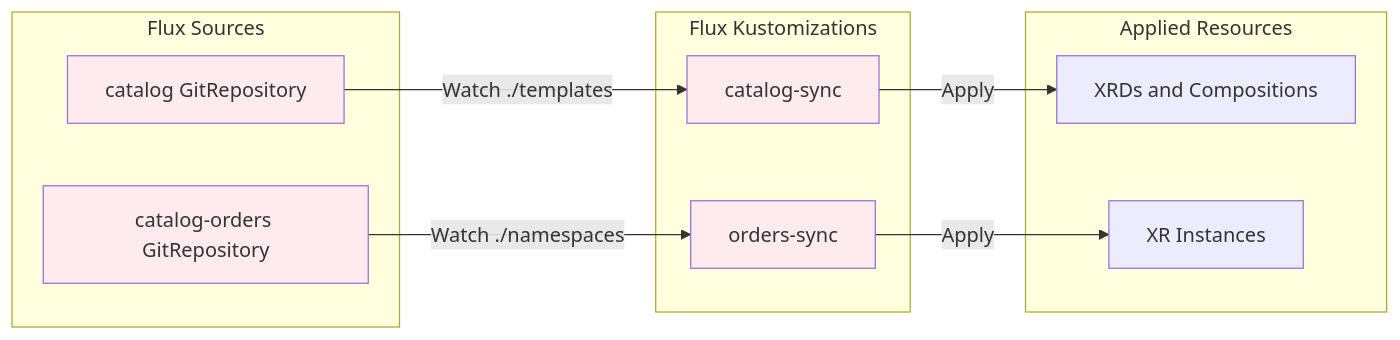
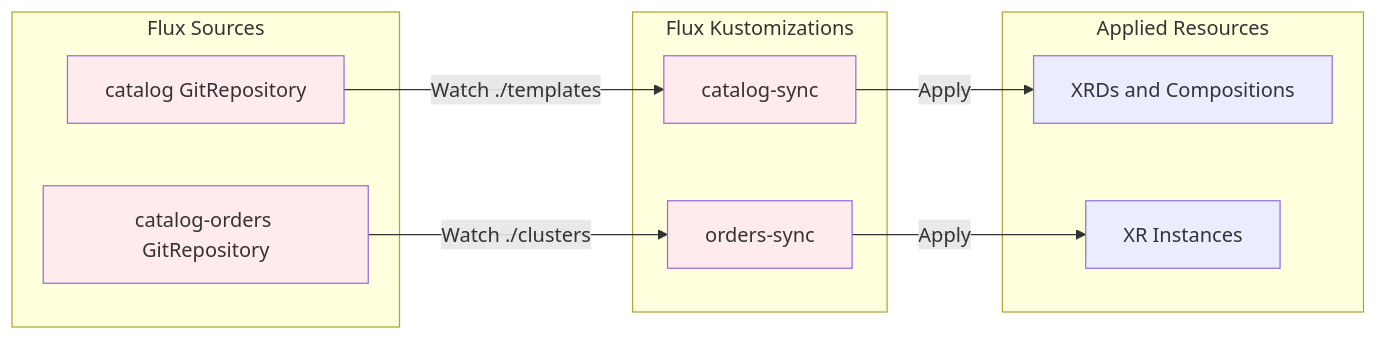
One commit to open-service-portal/portal-workspace changed diagram 13 of 20 in docs/workflow.md. Above: the diagram before and after it, drawn with Mermaid. The commit also changed other lines of this file, not shown here.

````diff
--- a/docs/workflow.md
+++ b/docs/workflow.md
@@ -500,27 +508,27 @@
 ```mermaid
 graph LR
     subgraph "Flux Sources"
         S1[catalog GitRepository]
         S2[catalog-orders GitRepository]
     end
     
     subgraph "Flux Kustomizations"
         K1[catalog-sync]
         K2[orders-sync]
     end
     
     subgraph "Applied Resources"
         R1[XRDs and Compositions]
         R2[XR Instances]
     end
     
     S1 -->|Watch ./templates| K1
-    S2 -->|Watch ./namespaces| K2
+    S2 -->|Watch ./clusters| K2
     K1 -->|Apply| R1
     K2 -->|Apply| R2
     
     style S1 fill:#ffebee
     style S2 fill:#ffebee
     style K1 fill:#ffebee
     style K2 fill:#ffebee
 ```
````
